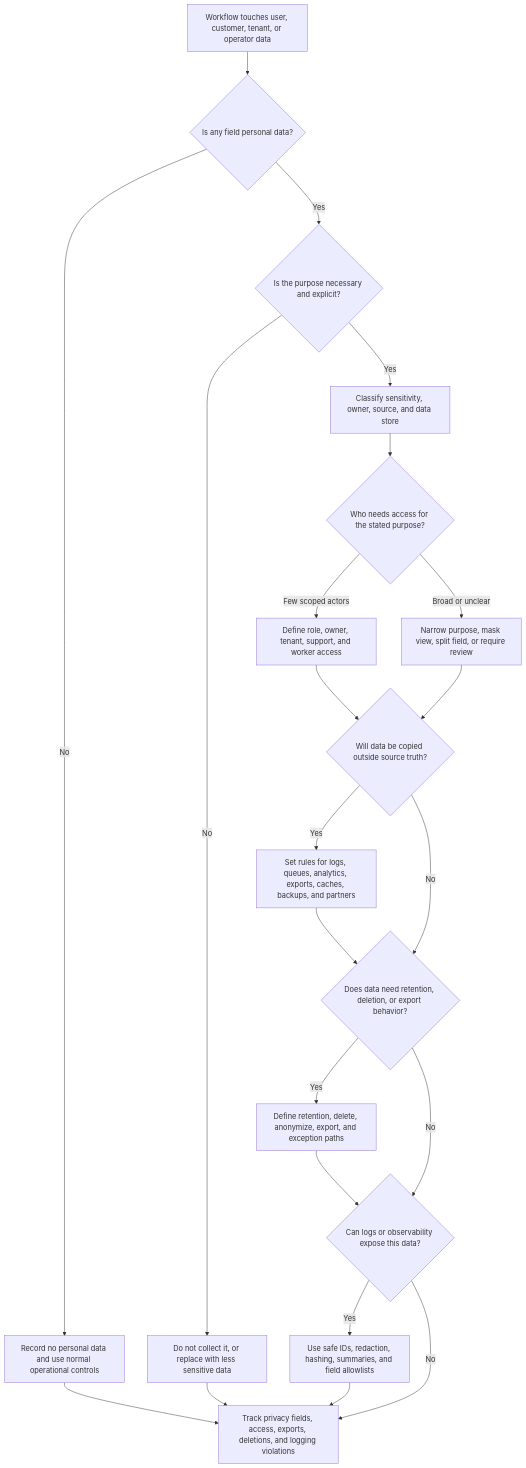
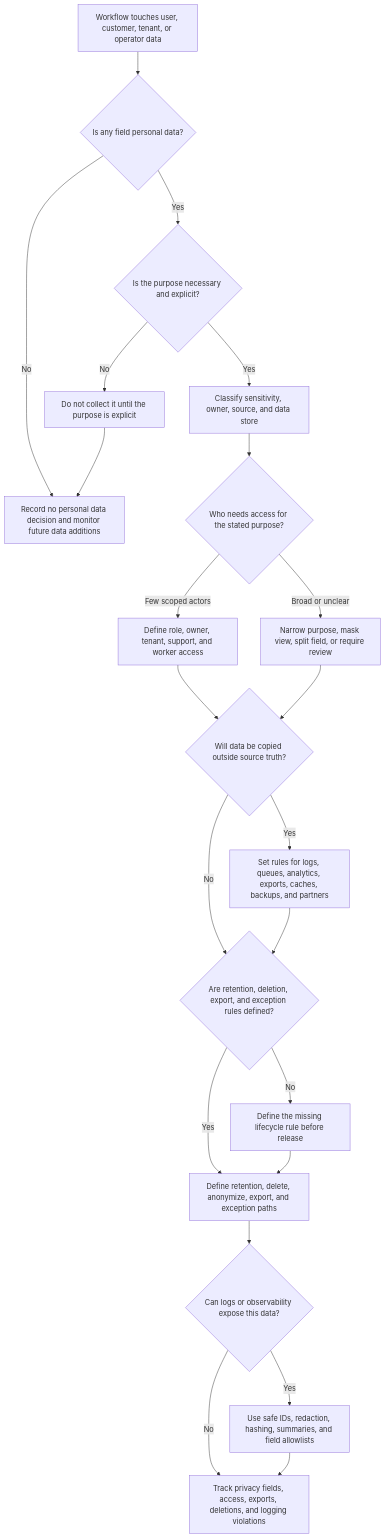
One commit to LeonSilva15/system-design changed the diagram in docs/requirements/privacy.md. Above: the diagram before and after it, drawn with Mermaid. The commit also changed other lines of this file, not shown here.

Commit message:
docs(requirements): refine privacy guidance

````diff
--- a/docs/requirements/privacy.md
+++ b/docs/requirements/privacy.md
@@ -80,30 +80,31 @@
 ```mermaid
 flowchart TD
     Start[Workflow touches user, customer, tenant, or operator data] --> Personal{Is any field personal data?}
-    Personal -->|No| Minimal[Record no personal data and use normal operational controls]
+    Personal -->|No| Minimal[Record no personal data decision and monitor future data additions]
     Personal -->|Yes| Purpose{Is the purpose necessary and explicit?}
 
-    Purpose -->|No| Remove[Do not collect it, or replace with less sensitive data]
+    Purpose -->|No| Remove[Do not collect it until the purpose is explicit]
     Purpose -->|Yes| Classify[Classify sensitivity, owner, source, and data store]
 
     Classify --> Access{Who needs access for the stated purpose?}
     Access -->|Few scoped actors| Scoped[Define role, owner, tenant, support, and worker access]
     Access -->|Broad or unclear| Narrow[Narrow purpose, mask view, split field, or require review]
 
     Scoped --> Copies{Will data be copied outside source truth?}
     Narrow --> Copies
     Copies -->|Yes| CopyRules[Set rules for logs, queues, analytics, exports, caches, backups, and partners]
     Copies -->|No| Lifecycle
 
-    CopyRules --> Lifecycle{Does data need retention, deletion, or export behavior?}
+    CopyRules --> Lifecycle{Are retention, deletion, export, and exception rules defined?}
     Lifecycle -->|Yes| LifecyclePlan[Define retention, delete, anonymize, export, and exception paths]
-    Lifecycle -->|No| Logs
+    Lifecycle -->|No| DefineLifecycle[Define the missing lifecycle rule before release]
 
+    DefineLifecycle --> LifecyclePlan
     LifecyclePlan --> Logs{Can logs or observability expose this data?}
     Logs -->|Yes| LogRules[Use safe IDs, redaction, hashing, summaries, and field allowlists]
     Logs -->|No| Observe
 
-    Minimal --> Observe[Track privacy fields, access, exports, deletions, and logging violations]
-    Remove --> Observe
+    Remove --> Minimal
+    Observe[Track privacy fields, access, exports, deletions, and logging violations]
     LogRules --> Observe
 ```
````
